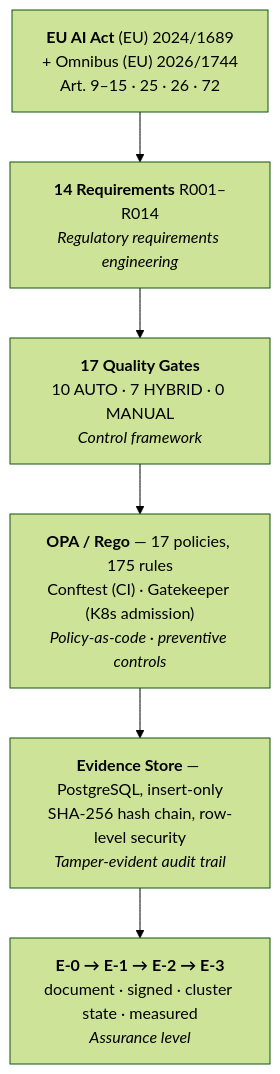
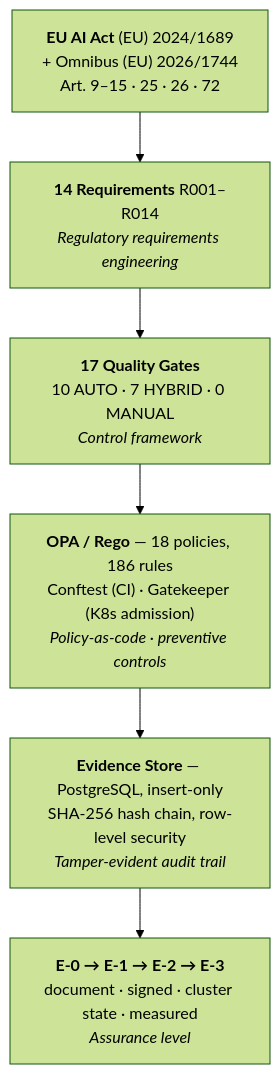
One commit to MustDemir/genaiops-compliance-gates changed the first of 2 diagrams in README.md. Above: the diagram before and after it, drawn with Mermaid (forest theme). The commit also changed other lines of this file and 12 other files, not shown here.

````diff
--- a/README.md
+++ b/README.md
@@ -27,10 +27,10 @@
 ```mermaid
 flowchart TB
     A["<b>EU AI Act</b> (EU) 2024/1689<br/>+ Omnibus (EU) 2026/1744<br/>Art. 9–15 · 25 · 26 · 72"]
     B["<b>14 Requirements</b> R001–R014<br/><i>Regulatory requirements engineering</i>"]
     C["<b>17 Quality Gates</b><br/>10 AUTO · 7 HYBRID · 0 MANUAL<br/><i>Control framework</i>"]
-    D["<b>OPA / Rego</b> — 17 policies, 175 rules<br/>Conftest (CI) · Gatekeeper (K8s admission)<br/><i>Policy-as-code · preventive controls</i>"]
+    D["<b>OPA / Rego</b> — 18 policies, 186 rules<br/>Conftest (CI) · Gatekeeper (K8s admission)<br/><i>Policy-as-code · preventive controls</i>"]
     E["<b>Evidence Store</b> — PostgreSQL, insert-only<br/>SHA-256 hash chain, row-level security<br/><i>Tamper-evident audit trail</i>"]
     F["<b>E-0 → E-1 → E-2 → E-3</b><br/>document · signed · cluster state · measured<br/><i>Assurance level</i>"]
     A --> B --> C --> D --> E --> F
 ```
````
